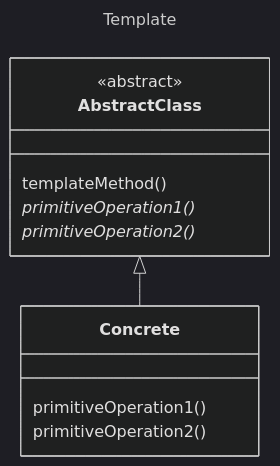
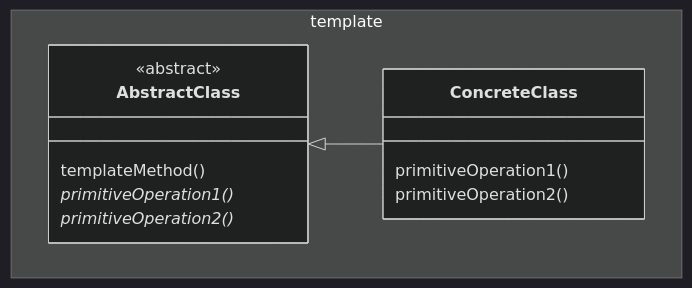
Before and after one commit to mtrigueira/JGoF: the diagram in src/main/java/org/example/gof/behaviour/template/Template.md, drawn with Mermaid (dark theme). The commit also changed other lines of this file, not shown here.

Commit message:
Edit Template.md add related patterns.

````diff
--- a/src/main/java/org/example/gof/behaviour/template/Template.md
+++ b/src/main/java/org/example/gof/behaviour/template/Template.md
@@ -1,18 +3,17 @@
 ```mermaid
----
-title: Template
----
 classDiagram
-    class AbstractClass {
-        <<abstract>>
-        templateMethod()
-        primitiveOperation1()*
-        primitiveOperation2()*
+    namespace template {
+        class AbstractClass {
+            <<abstract>>
+            templateMethod()
+            primitiveOperation1()*
+            primitiveOperation2()*
+        }
+        class ConcreteClass {
+            primitiveOperation1()
+            primitiveOperation2()
+        }
     }
-    class Concrete {
-        primitiveOperation1()
-        primitiveOperation2()
-    }
-    
-    AbstractClass <|-- Concrete
+    AbstractClass <|-- ConcreteClass
+
 ```
````
